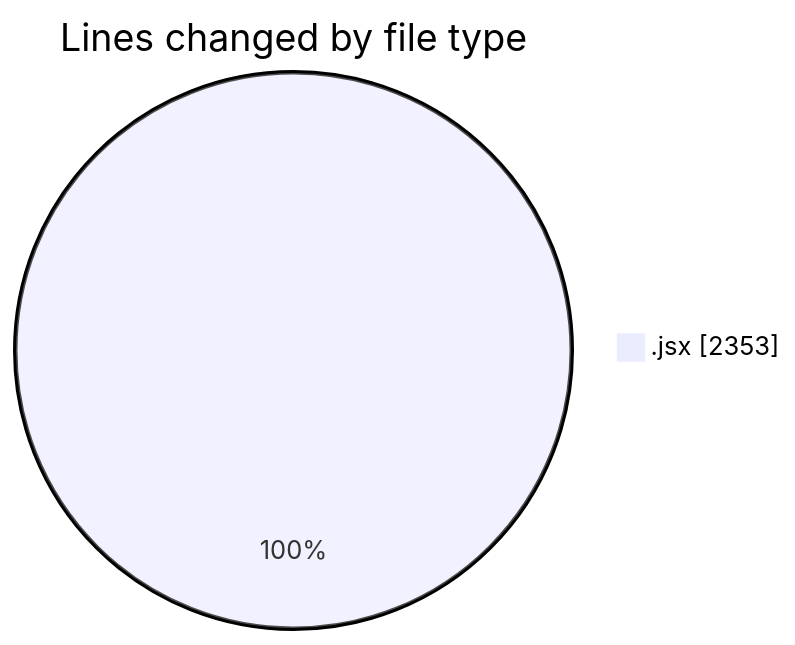
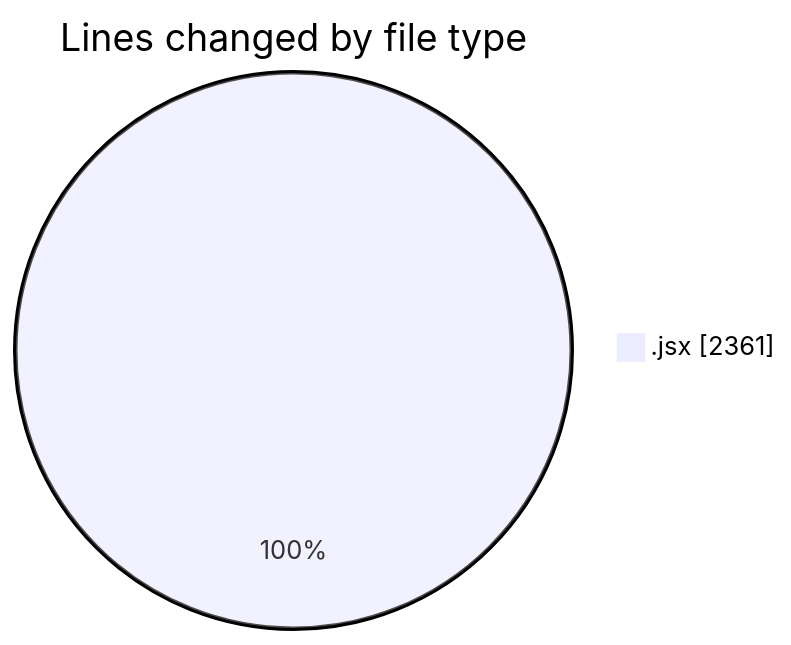
One commit to nxtqubesakshisongat/code-tracking changed the first of 2 diagrams in 2025-07-14/argos/README.md. Above: the diagram before and after it, drawn with Mermaid. The commit also changed other lines of this file and 1 other file, not shown here.

````diff
--- a/2025-07-14/argos/README.md
+++ b/2025-07-14/argos/README.md
@@ -23,5 +23,5 @@
 ```mermaid
 pie showData
 title Lines changed by file type
-".jsx" : 2353
+".jsx" : 2361
 ```
````
